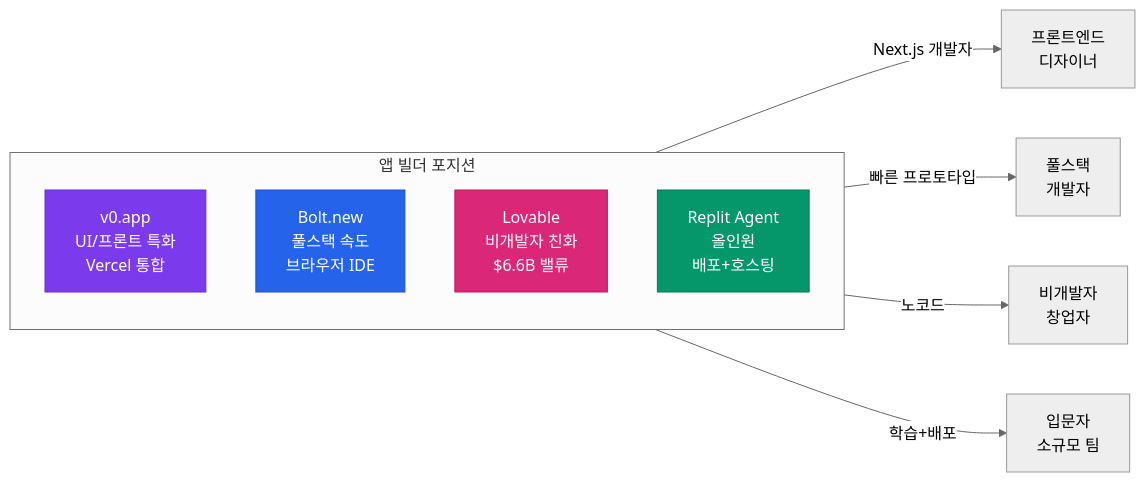
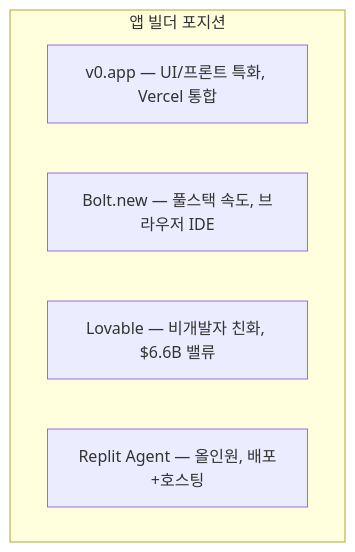
Before and after one commit to stophobia/ai-whatchelin: the ninth of 13 diagrams in README.md, drawn with Mermaid. The commit also changed other lines of this file, not shown here.

````diff
--- a/README.md
+++ b/README.md
@@ -302,21 +315,10 @@
 ```mermaid
-%%{init: {'theme': 'neutral'}}%%
-flowchart LR
-    subgraph 빌더["앱 빌더 포지션"]
-        direction TB
-        V0["v0.app<br/>UI/프론트 특화<br/>Vercel 통합"]
-        Bolt["Bolt.new<br/>풀스택 속도<br/>브라우저 IDE"]
-        Lovable["Lovable<br/>비개발자 친화<br/>$6.6B 밸류"]
-        Replit["Replit Agent<br/>올인원<br/>배포+호스팅"]
+%%{init: {'theme': 'default'}}%%
+graph TB
+    subgraph 앱빌더["앱 빌더 포지션"]
+        V0["v0.app — UI/프론트 특화, Vercel 통합"]
+        Bolt["Bolt.new — 풀스택 속도, 브라우저 IDE"]
+        Lovable["Lovable — 비개발자 친화, $6.6B 밸류"]
+        Replit["Replit Agent — 올인원, 배포+호스팅"]
     end
-
-    V0 -->|"Next.js 개발자"| Target1["프론트엔드<br/>디자이너"]
-    Bolt -->|"빠른 프로토타입"| Target2["풀스택<br/>개발자"]
-    Lovable -->|"노코드"| Target3["비개발자<br/>창업자"]
-    Replit -->|"학습+배포"| Target4["입문자<br/>소규모 팀"]
-
-    style V0 fill:#7c3aed,stroke:#6d28d9,color:#fff
-    style Bolt fill:#2563eb,stroke:#1d4ed8,color:#fff
-    style Lovable fill:#db2777,stroke:#be185d,color:#fff
-    style Replit fill:#059669,stroke:#047857,color:#fff
 ```
````
